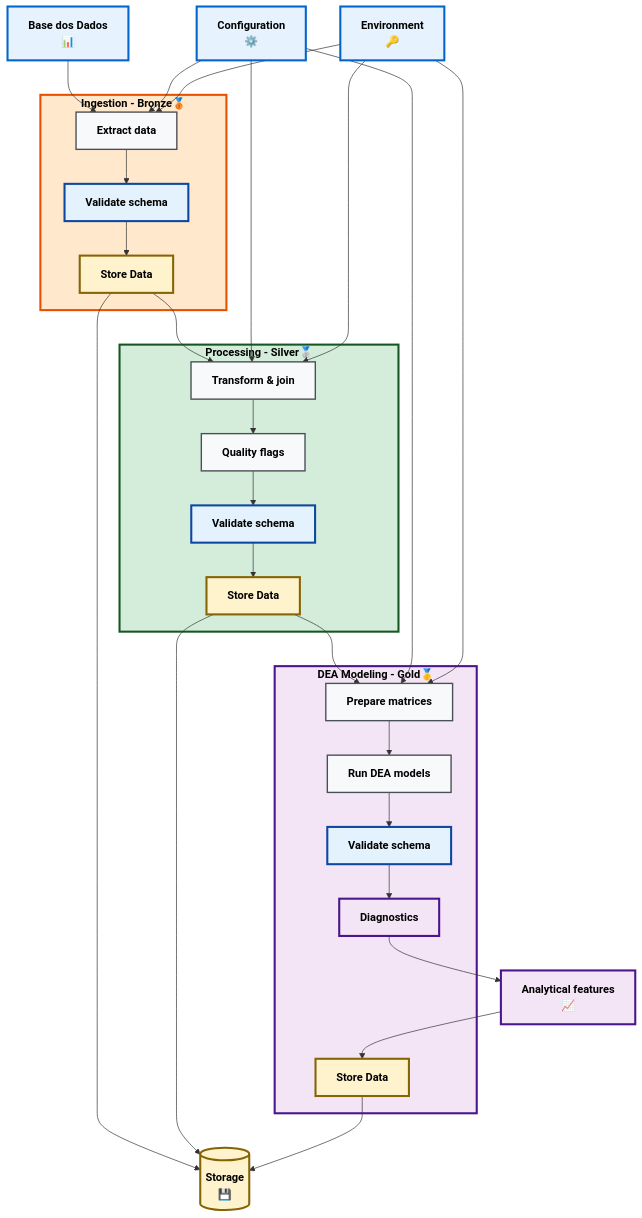
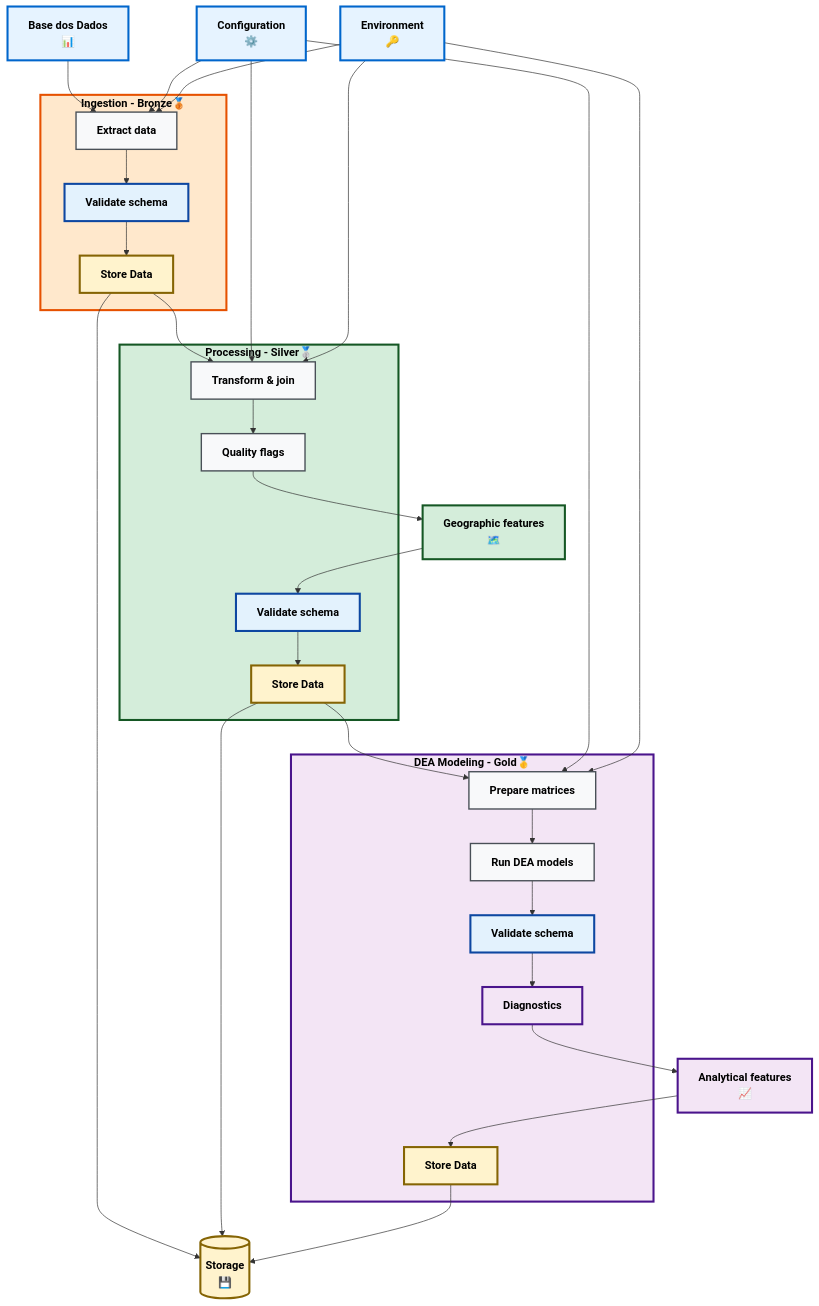
Before and after one commit to puffdapaz/DEApython: the diagram in project_diagram.md, drawn with Mermaid.

Commit message:
include geodata diagram update

```diff
--- a/project_diagram.md
+++ b/project_diagram.md
@@ -61,6 +61,7 @@
   %% ======================
   ANALYTICS[Analytical features<br/>📈]
   STORAGE[(Storage<br/>💾)]
+  MAPS[Geographic features<br/>🗺️]
 
   %% ======================
   %% Connections (data flow)
@@ -73,14 +74,11 @@
 
   CFG --> S_TRANSFORM
   ENV --> S_TRANSFORM
-
-  S_TRANSFORM --> S_FLAGS --> S_VALIDATE --> S_SAVE --> G_PREP
+  S_TRANSFORM --> S_FLAGS --> MAPS --> S_VALIDATE --> S_SAVE --> G_PREP
 
   CFG --> G_PREP
   ENV --> G_PREP
-  G_DIAG --> ANALYTICS
-  ANALYTICS --> G_SAVE
-  G_PREP --> G_DEA --> G_VALIDATE --> G_DIAG
+  G_PREP --> G_DEA --> G_VALIDATE --> G_DIAG --> ANALYTICS --> G_SAVE
 
   B_SAVE --> STORAGE
   S_SAVE --> STORAGE
@@ -94,6 +92,7 @@
   class B_VALIDATE,S_VALIDATE,G_VALIDATE validation;
   class B_SAVE,S_SAVE,G_SAVE storage;
   class STORAGE storage;
+  class MAPS silver;
   class ANALYTICS,G_DIAG gold;
   class BRONZE bronze;
   class SILVER silver;
```
